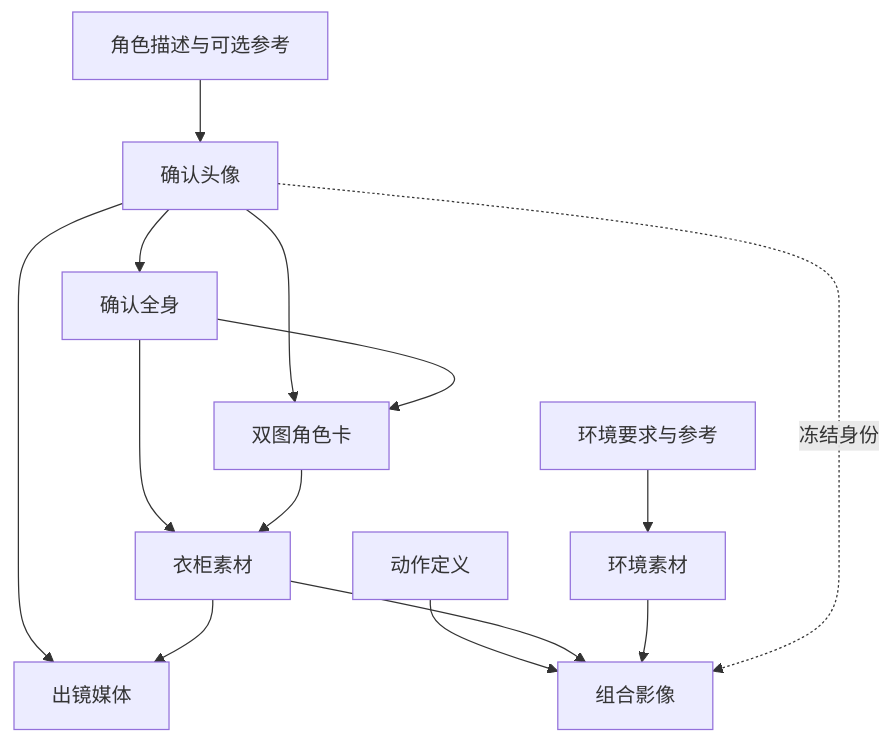
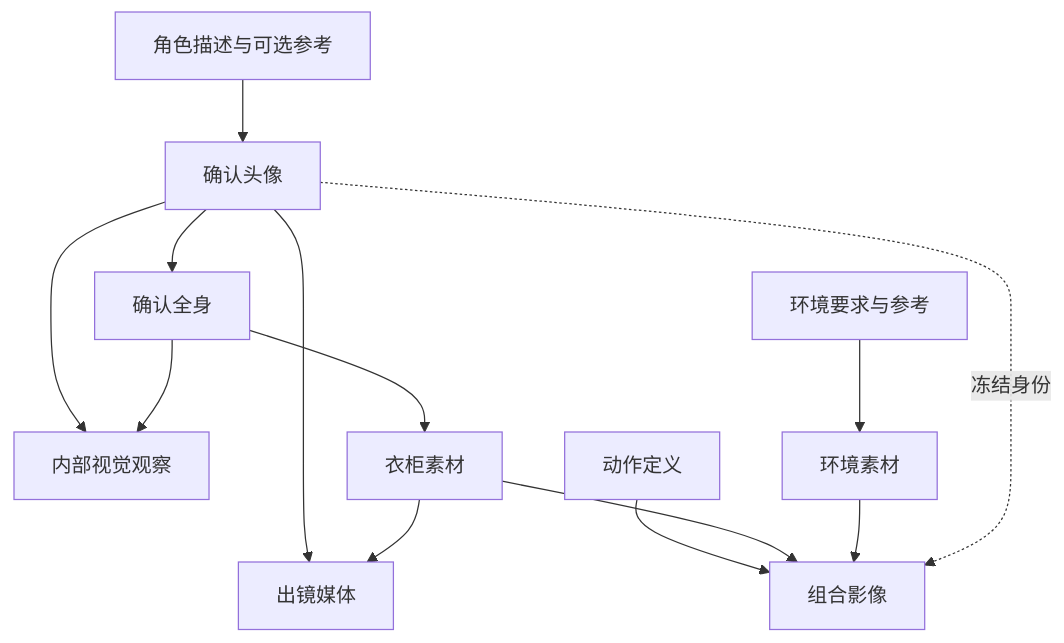
The diagram in docs/PIPELINE.md (yangjinming1062/SpiritAgent), drawn with Mermaid before and after one commit. The commit also changed other lines of this file and 99 other files, not shown here.

First line of the commit message:
refactor(backend,client): 取消外形角色卡，将可选背景并入 Persona 并以确认图管理视觉身份

````diff
--- a/docs/PIPELINE.md
+++ b/docs/PIPELINE.md
@@ -7,16 +7,15 @@
 ```mermaid
 flowchart TD
     Input[角色描述与可选参考] --> Avatar[确认头像]
     Avatar --> Full[确认全身]
-    Avatar --> Card[双图角色卡]
-    Full --> Card
+    Avatar --> Observation[内部视觉观察]
+    Full --> Observation
     Full --> Outfit[衣柜素材]
-    Card --> Outfit
     Avatar --> SelfMedia[出镜媒体]
     Outfit --> SelfMedia
     Environment[环境要求与参考] --> Scene[环境素材]
     Action[动作定义] --> Visual[组合影像]
     Outfit --> Visual
     Scene --> Visual
     Avatar -.冻结身份.-> Visual
 ```
````
